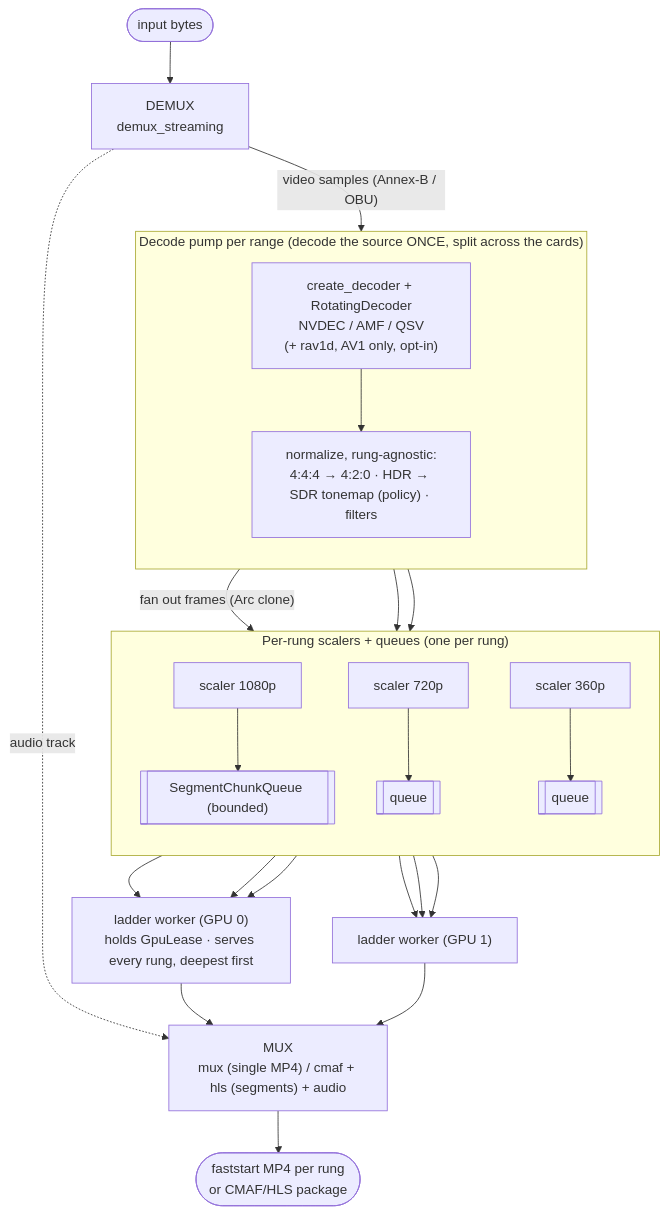
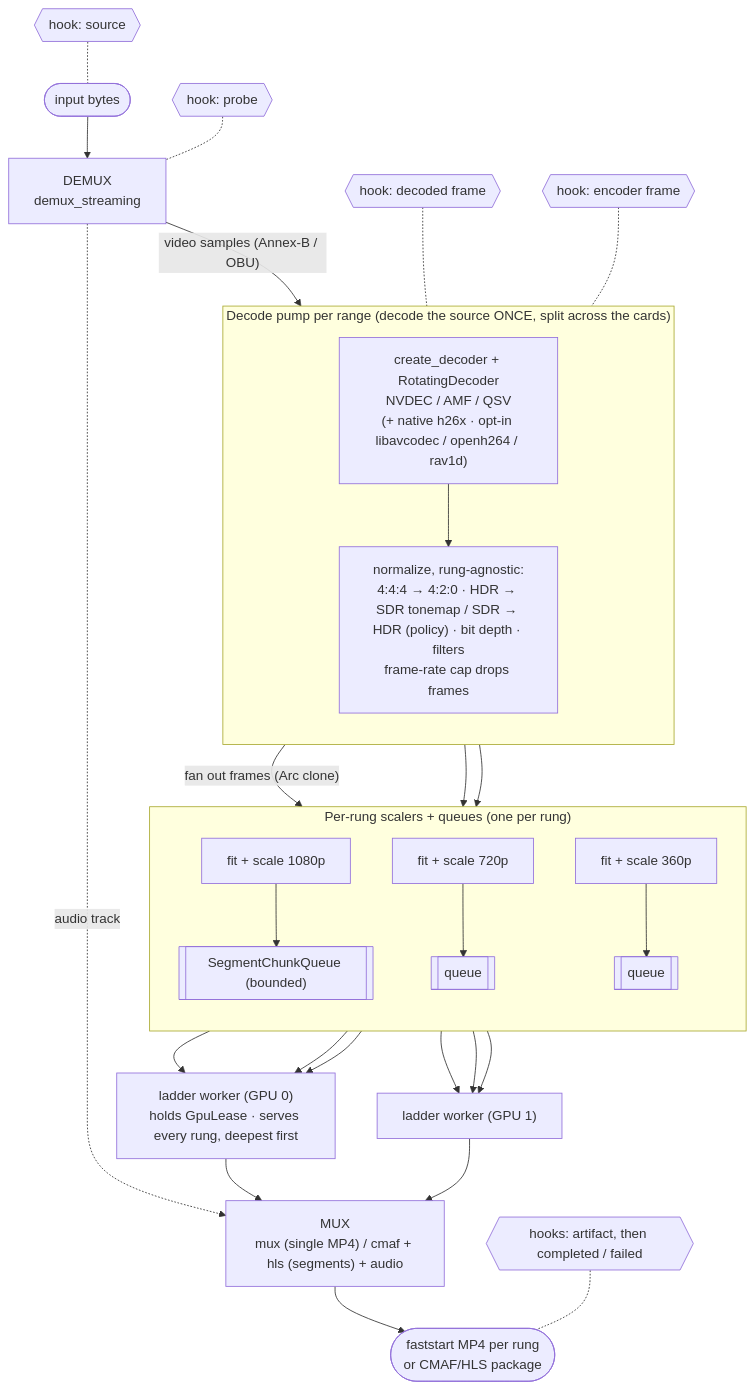
One commit to rivet-transcoder/rivet changed the first of 2 diagrams in docs/pipeline.md. Above: the diagram before and after it, drawn with Mermaid. The commit also changed other lines of this file and 26 other files, not shown here.

````diff
--- a/docs/pipeline.md
+++ b/docs/pipeline.md
@@ -29,36 +35,42 @@
 ```mermaid
 flowchart TD
     IN([input bytes]) --> DEMUX["DEMUX<br/>demux_streaming"]
     DEMUX -.->|audio track| MUX
     DEMUX -->|"video samples (Annex-B / OBU)"| DEC
 
     subgraph PUMP["Decode pump per range (decode the source ONCE, split across the cards)"]
         direction TB
-        DEC["create_decoder + RotatingDecoder<br/>NVDEC / AMF / QSV<br/>(+ rav1d, AV1 only, opt-in)"]
-        DEC --> NORM["normalize, rung-agnostic:<br/>4:4:4 → 4:2:0 · HDR → SDR tonemap (policy) · filters"]
+        DEC["create_decoder + RotatingDecoder<br/>NVDEC / AMF / QSV<br/>(+ native h26x · opt-in libavcodec / openh264 / rav1d)"]
+        DEC --> NORM["normalize, rung-agnostic:<br/>4:4:4 → 4:2:0 · HDR → SDR tonemap / SDR → HDR (policy) · bit depth · filters<br/>frame-rate cap drops frames"]
     end
 
     NORM -->|"fan out frames (Arc clone)"| SC1
     NORM --> SC2
     NORM --> SC3
 
     subgraph SCALERS["Per-rung scalers + queues (one per rung)"]
         direction TB
-        SC1["scaler 1080p"] --> Q1[["SegmentChunkQueue (bounded)"]]
-        SC2["scaler 720p"] --> Q2[["queue"]]
-        SC3["scaler 360p"] --> Q3[["queue"]]
+        SC1["fit + scale 1080p"] --> Q1[["SegmentChunkQueue (bounded)"]]
+        SC2["fit + scale 720p"] --> Q2[["queue"]]
+        SC3["fit + scale 360p"] --> Q3[["queue"]]
     end
 
     Q1 --> W1["ladder worker (GPU 0)<br/>holds GpuLease · serves every rung, deepest first"]
     Q2 --> W1
     Q3 --> W1
     Q1 --> W2["ladder worker (GPU 1)"]
     Q2 --> W2
     Q3 --> W2
 
     W1 --> MUX
     W2 --> MUX
 
     MUX["MUX<br/>mux (single MP4) / cmaf + hls (segments) + audio"]
     MUX --> OUT([faststart MP4 per rung<br/>or CMAF/HLS package])
+
+    HS{{"hook: source"}} -.- IN
+    HP{{"hook: probe"}} -.- DEMUX
+    HD{{"hook: decoded frame"}} -.- DEC
+    HE{{"hook: encoder frame"}} -.- NORM
+    HA{{"hooks: artifact, then completed / failed"}} -.- OUT
 ```
````
